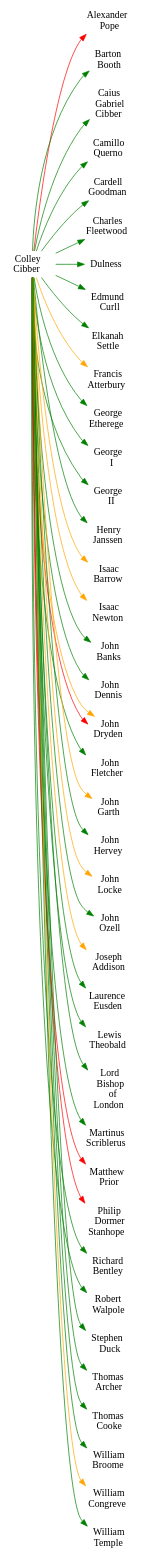
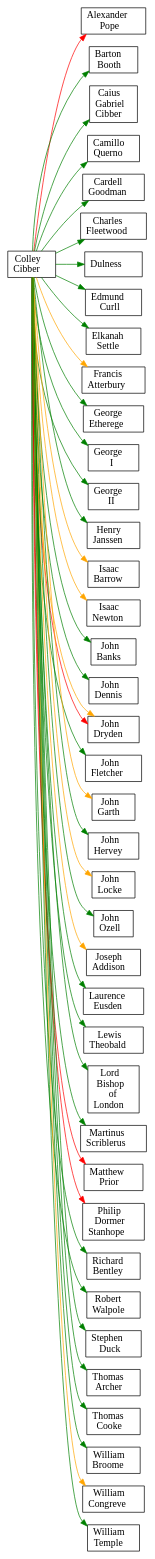
Before and after one commit to ontoligent/dunciad: the diagram in images/COLLEY_CIBBER.dot, drawn with Graphviz. The commit also changed 31 other files, not shown here.

```diff
--- a/images/COLLEY_CIBBER.dot
+++ b/images/COLLEY_CIBBER.dot
@@ -1,84 +1,84 @@
 digraph G {
 rankdir=LR
-node [shape=plaintext]
+node [shape=rect]
 ALEXANDER_POPE [label=< Alexander<br/>Pope >]
 BARTON_BOOTH [label=< Barton<br/>Booth >]
 CAIUS_GABRIEL_CIBBER [label=< Caius<br/>Gabriel<br/>Cibber >]
 CAMILLO_QUERNO [label=< Camillo<br/>Querno >]
 CARDELL_GOODMAN [label=< Cardell<br/>Goodman >]
 CHARLES_FLEETWOOD [label=< Charles<br/>Fleetwood >]
 COLLEY_CIBBER [label=< Colley<br/>Cibber >]
 DULNESS [label=< Dulness >]
 EDMUND_CURLL [label=< Edmund<br/>Curll >]
 ELKANAH_SETTLE [label=< Elkanah<br/>Settle >]
 FRANCIS_ATTERBURY [label=< Francis<br/>Atterbury >]
 GEORGE_ETHEREGE [label=< George<br/>Etherege >]
 GEORGE_I [label=< George<br/>I >]
 GEORGE_II [label=< George<br/>II >]
 HENRY_JANSSEN [label=< Henry<br/>Janssen >]
 ISAAC_BARROW [label=< Isaac<br/>Barrow >]
 ISAAC_NEWTON [label=< Isaac<br/>Newton >]
 JOHN_BANKS [label=< John<br/>Banks >]
 JOHN_DENNIS [label=< John<br/>Dennis >]
 JOHN_DRYDEN [label=< John<br/>Dryden >]
 JOHN_FLETCHER [label=< John<br/>Fletcher >]
 JOHN_GARTH [label=< John<br/>Garth >]
 JOHN_HERVEY [label=< John<br/>Hervey >]
 JOHN_LOCKE [label=< John<br/>Locke >]
 JOHN_OZELL [label=< John<br/>Ozell >]
 JOSEPH_ADDISON [label=< Joseph<br/>Addison >]
 LAURENCE_EUSDEN [label=< Laurence<br/>Eusden >]
 LEWIS_THEOBALD [label=< Lewis<br/>Theobald >]
 LORD_BISHOP_OF_LONDON [label=< Lord<br/>Bishop<br/>of<br/>London >]
 MARTINUS_SCRIBLERUS [label=< Martinus<br/>Scriblerus >]
 MATTHEW_PRIOR [label=< Matthew<br/>Prior >]
 PHILIP_DORMER_STANHOPE [label=< Philip<br/>Dormer<br/>Stanhope >]
 RICHARD_BENTLEY [label=< Richard<br/>Bentley >]
 ROBERT_WALPOLE [label=< Robert<br/>Walpole >]
 STEPHEN_DUCK [label=< Stephen<br/>Duck >]
 THOMAS_ARCHER [label=< Thomas<br/>Archer >]
 THOMAS_COOKE [label=< Thomas<br/>Cooke >]
 WILLIAM_BROOME [label=< William<br/>Broome >]
 WILLIAM_CONGREVE [label=< William<br/>Congreve >]
 WILLIAM_TEMPLE [label=< William<br/>Temple >]
 COLLEY_CIBBER -> ALEXANDER_POPE [color=red weight=100]
 COLLEY_CIBBER -> BARTON_BOOTH [color=green weight=1]
 COLLEY_CIBBER -> CAIUS_GABRIEL_CIBBER [color=green weight=4]
 COLLEY_CIBBER -> CAMILLO_QUERNO [color=green weight=4]
 COLLEY_CIBBER -> CARDELL_GOODMAN [color=green weight=1]
 COLLEY_CIBBER -> CHARLES_FLEETWOOD [color=green weight=1]
 COLLEY_CIBBER -> DULNESS [color=green weight=81]
 COLLEY_CIBBER -> EDMUND_CURLL [color=green weight=4]
 COLLEY_CIBBER -> ELKANAH_SETTLE [color=green weight=9]
 COLLEY_CIBBER -> FRANCIS_ATTERBURY [color=orange weight=1]
 COLLEY_CIBBER -> GEORGE_ETHEREGE [color=green weight=1]
 COLLEY_CIBBER -> GEORGE_I [color=green weight=1]
 COLLEY_CIBBER -> GEORGE_II [color=green weight=4]
 COLLEY_CIBBER -> HENRY_JANSSEN [color=green weight=1]
 COLLEY_CIBBER -> ISAAC_BARROW [color=orange weight=1]
 COLLEY_CIBBER -> ISAAC_NEWTON [color=orange weight=1]
 COLLEY_CIBBER -> JOHN_BANKS [color=green weight=1]
 COLLEY_CIBBER -> JOHN_DENNIS [color=green weight=4]
 COLLEY_CIBBER -> JOHN_DRYDEN [color=red weight=1]
 COLLEY_CIBBER -> JOHN_DRYDEN [color=orange weight=1]
 COLLEY_CIBBER -> JOHN_FLETCHER [color=green weight=1]
 COLLEY_CIBBER -> JOHN_GARTH [color=orange weight=1]
 COLLEY_CIBBER -> JOHN_HERVEY [color=green weight=1]
 COLLEY_CIBBER -> JOHN_LOCKE [color=orange weight=1]
 COLLEY_CIBBER -> JOHN_OZELL [color=green weight=1]
 COLLEY_CIBBER -> JOSEPH_ADDISON [color=orange weight=1]
 COLLEY_CIBBER -> LAURENCE_EUSDEN [color=green weight=9]
 COLLEY_CIBBER -> LEWIS_THEOBALD [color=green weight=9]
 COLLEY_CIBBER -> LORD_BISHOP_OF_LONDON [color=green weight=1]
 COLLEY_CIBBER -> MARTINUS_SCRIBLERUS [color=green weight=4]
 COLLEY_CIBBER -> MATTHEW_PRIOR [color=red weight=1]
 COLLEY_CIBBER -> PHILIP_DORMER_STANHOPE [color=red weight=1]
 COLLEY_CIBBER -> RICHARD_BENTLEY [color=green weight=4]
 COLLEY_CIBBER -> ROBERT_WALPOLE [color=green weight=4]
 COLLEY_CIBBER -> STEPHEN_DUCK [color=green weight=1]
 COLLEY_CIBBER -> THOMAS_ARCHER [color=green weight=1]
 COLLEY_CIBBER -> THOMAS_COOKE [color=green weight=1]
 COLLEY_CIBBER -> WILLIAM_BROOME [color=green weight=1]
 COLLEY_CIBBER -> WILLIAM_CONGREVE [color=orange weight=1]
 COLLEY_CIBBER -> WILLIAM_TEMPLE [color=green weight=1]
 }
```
